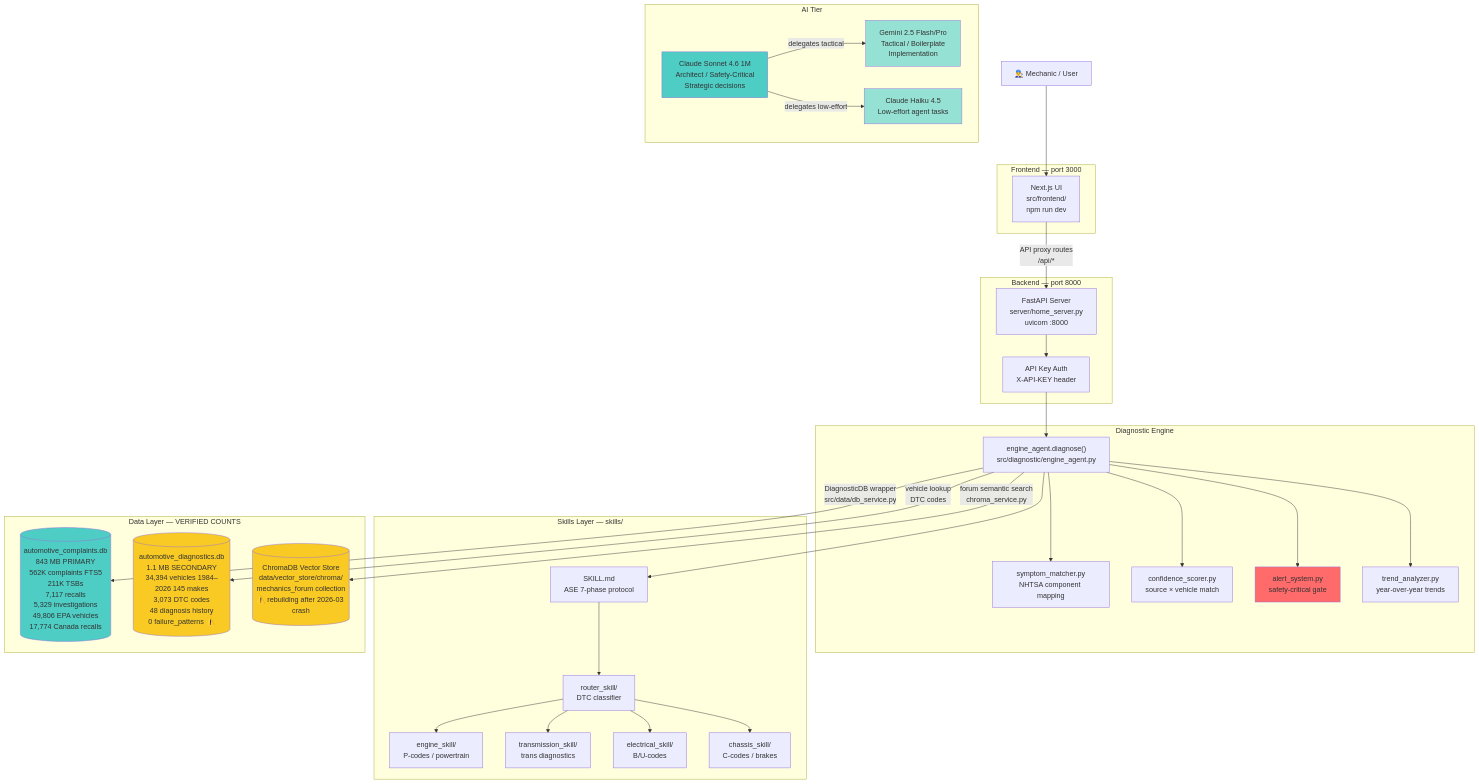
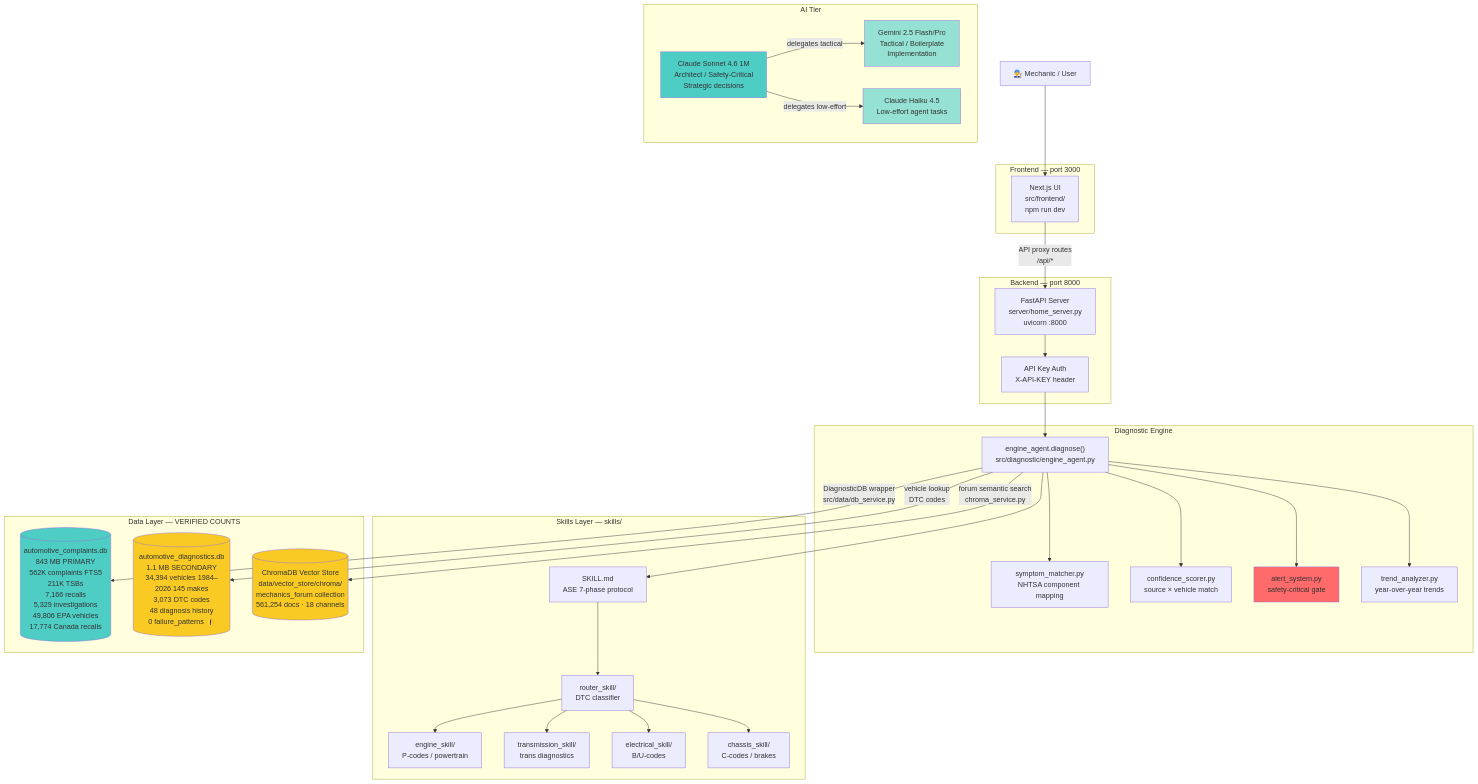
Before and after one commit to MrPoteete/automotive-diagnostic-skills: the first of 8 diagrams in .claude/docs/DIAGRAMS.md, drawn with Mermaid. The commit also changed other lines of this file and 2 other files, not shown here.

First line of the commit message:
docs: ground-truth DIAGRAMS.md to 2026-03-27 state

````diff
--- a/.claude/docs/DIAGRAMS.md
+++ b/.claude/docs/DIAGRAMS.md
@@ -12,67 +12,67 @@
 ```mermaid
 graph TB
     User[👨‍🔧 Mechanic / User]
 
     subgraph "Frontend — port 3000"
         NextUI["Next.js UI\nsrc/frontend/\nnpm run dev"]
     end
 
     subgraph "Backend — port 8000"
         API["FastAPI Server\nserver/home_server.py\nuvicorn :8000"]
         Auth["API Key Auth\nX-API-KEY header"]
     end
 
     subgraph "Diagnostic Engine"
         EngineAgent["engine_agent.diagnose()\nsrc/diagnostic/engine_agent.py"]
         SymptomMatcher["symptom_matcher.py\nNHTSA component mapping"]
         ConfidenceScorer["confidence_scorer.py\nsource × vehicle match"]
         AlertSystem["alert_system.py\nsafety-critical gate"]
         TrendAnalyzer["trend_analyzer.py\nyear-over-year trends"]
     end
 
     subgraph "Skills Layer — skills/"
         MainSkill["SKILL.md\nASE 7-phase protocol"]
         RouterSkill["router_skill/\nDTC classifier"]
         EngineSkill["engine_skill/\nP-codes / powertrain"]
         TransSkill["transmission_skill/\ntrans diagnostics"]
         ElecSkill["electrical_skill/\nB/U-codes"]
         ChassisSkill["chassis_skill/\nC-codes / brakes"]
     end
 
     subgraph "Data Layer — VERIFIED COUNTS"
-        ComplaintsDB[("automotive_complaints.db\n843 MB PRIMARY\n562K complaints FTS5\n211K TSBs\n7,117 recalls\n5,329 investigations\n49,806 EPA vehicles\n17,774 Canada recalls")]
+        ComplaintsDB[("automotive_complaints.db\n843 MB PRIMARY\n562K complaints FTS5\n211K TSBs\n7,166 recalls\n5,329 investigations\n49,806 EPA vehicles\n17,774 Canada recalls")]
         DiagnosticsDB[("automotive_diagnostics.db\n1.1 MB SECONDARY\n34,394 vehicles 1984–2026 145 makes\n3,073 DTC codes\n48 diagnosis history\n0 failure_patterns ⚠️")]
-        ChromaDB[("ChromaDB Vector Store\ndata/vector_store/chroma/\nmechanics_forum collection\n⚠️ rebuilding after 2026-03 crash")]
+        ChromaDB[("ChromaDB Vector Store\ndata/vector_store/chroma/\nmechanics_forum collection\n561,254 docs · 18 channels")]
     end
 
     subgraph "AI Tier"
         Claude["Claude Sonnet 4.6 1M\nArchitect / Safety-Critical\nStrategic decisions"]
         Gemini["Gemini 2.5 Flash/Pro\nTactical / Boilerplate\nImplementation"]
         Haiku["Claude Haiku 4.5\nLow-effort agent tasks"]
     end
 
     User --> NextUI
     NextUI -->|"API proxy routes\n/api/*"| API
     API --> Auth
     Auth --> EngineAgent
     EngineAgent --> SymptomMatcher
     EngineAgent --> ConfidenceScorer
     EngineAgent --> AlertSystem
     EngineAgent --> TrendAnalyzer
     EngineAgent --> MainSkill
     MainSkill --> RouterSkill
     RouterSkill --> EngineSkill & TransSkill & ElecSkill & ChassisSkill
     EngineAgent -->|"DiagnosticDB wrapper\nsrc/data/db_service.py"| ComplaintsDB
     EngineAgent -->|"vehicle lookup\nDTC codes"| DiagnosticsDB
     EngineAgent -->|"forum semantic search\nchroma_service.py"| ChromaDB
     Claude -->|"delegates tactical"| Gemini
     Claude -->|"delegates low-effort"| Haiku
 
     style ComplaintsDB fill:#4ecdc4
     style DiagnosticsDB fill:#f9ca24
     style ChromaDB fill:#f9ca24
     style AlertSystem fill:#ff6b6b
     style Claude fill:#4ecdc4
     style Gemini fill:#95e1d3
     style Haiku fill:#95e1d3
 ```
````
